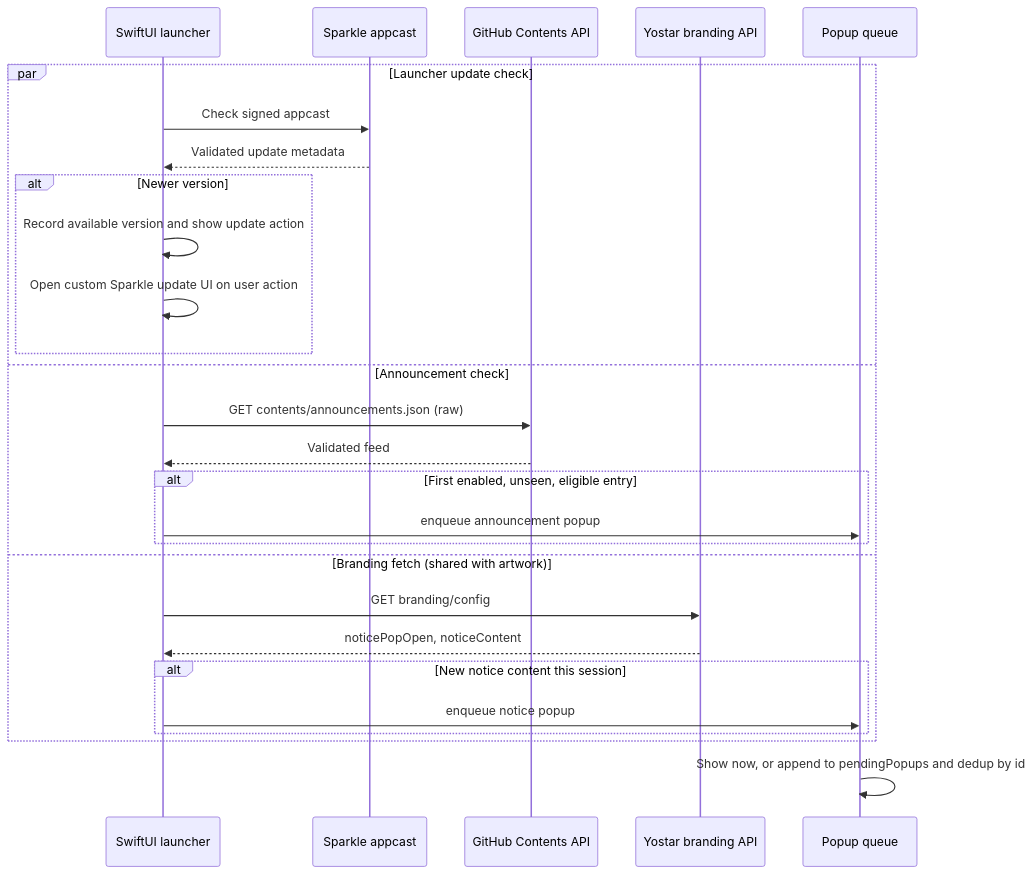
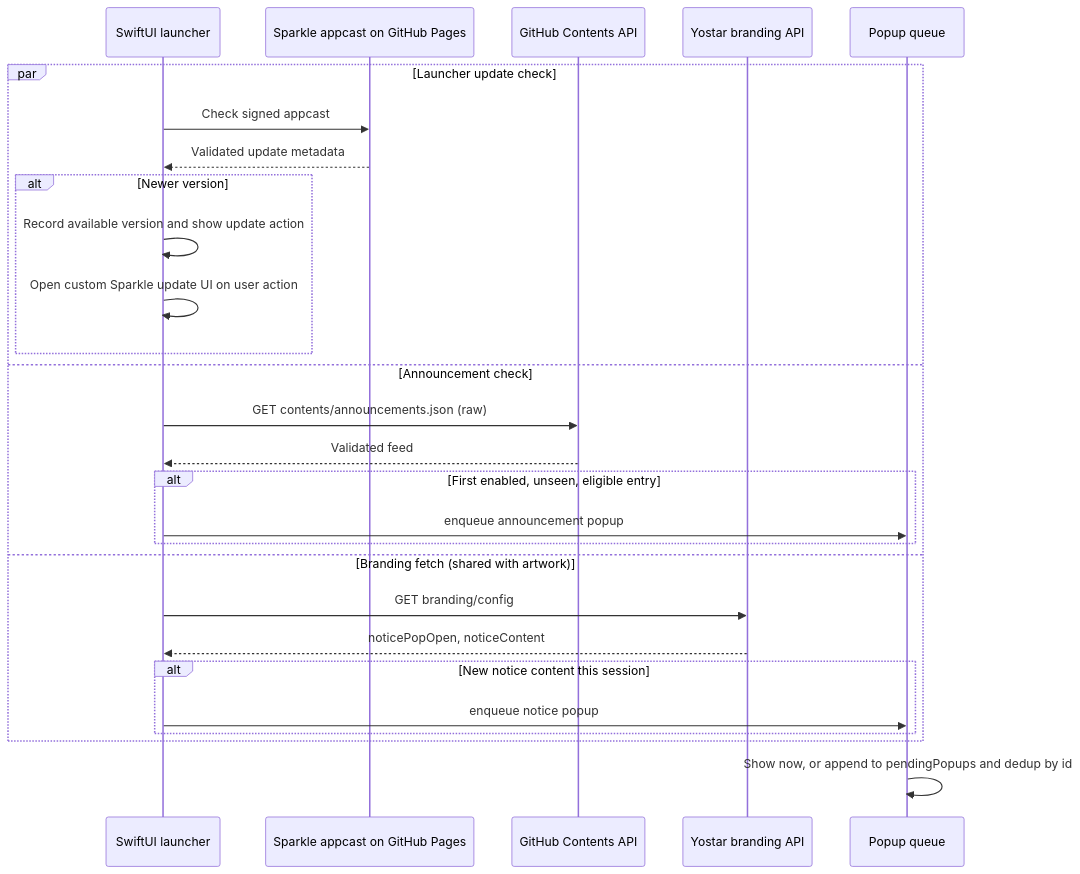
The first of 2 diagrams in docs/development/architecture/communication-and-boundaries.md (LuMiSxh/Arknights-MacOS-Client), drawn with Mermaid before and after one commit. The commit also changed other lines of this file and 63 other files, not shown here.

````diff
--- a/docs/development/architecture/communication-and-boundaries.md
+++ b/docs/development/architecture/communication-and-boundaries.md
@@ -51,30 +51,30 @@
 ```mermaid
 sequenceDiagram
 	participant App as SwiftUI launcher
-	participant Releases as Sparkle appcast
+	participant Releases as Sparkle appcast on GitHub Pages
 	participant Contents as GitHub Contents API
 	participant Yostar as Yostar branding API
 	participant Queue as Popup queue
 
 	par Launcher update check
 		App->>Releases: Check signed appcast
 		Releases-->>App: Validated update metadata
 		alt Newer version
 			App->>App: Record available version and show update action
 			App->>App: Open custom Sparkle update UI on user action
 		end
 	and Announcement check
 		App->>Contents: GET contents/announcements.json (raw)
 		Contents-->>App: Validated feed
 		alt First enabled, unseen, eligible entry
 			App->>Queue: enqueue announcement popup
 		end
 	and Branding fetch (shared with artwork)
 		App->>Yostar: GET branding/config
 		Yostar-->>App: noticePopOpen, noticeContent
 		alt New notice content this session
 			App->>Queue: enqueue notice popup
 		end
 	end
 Queue->>Queue: Show now, or append to pendingPopups and dedup by id
 ```
````
